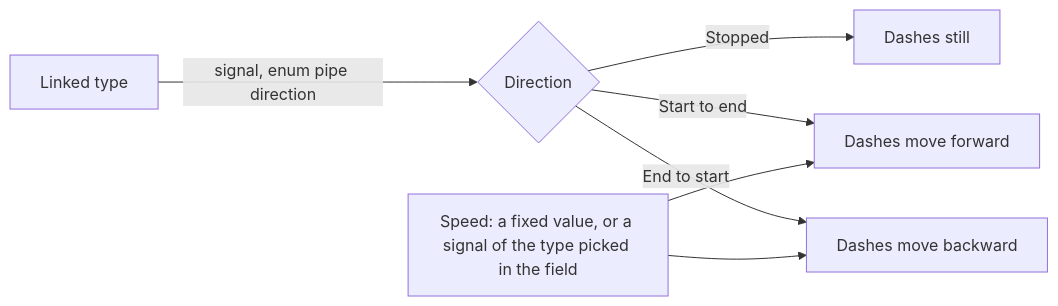
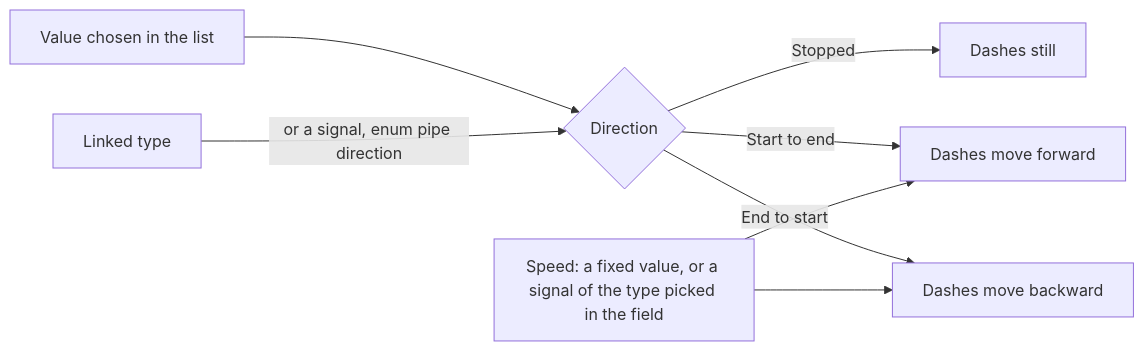
The third of 4 diagrams in symbols/pipes/pipe-styles.md (AlexandreGallais/synoptic-studio-spec), drawn with Mermaid before and after one commit. The commit also changed other lines of this file and 3 other files, not shown here.

First line of the commit message:
docs(pipes): pick the direction in a list or by a signal, align sections

````diff
--- a/symbols/pipes/pipe-styles.md
+++ b/symbols/pipes/pipe-styles.md
@@ -125,9 +125,10 @@
 ```mermaid
 flowchart LR
-    T["Linked type"] -->|"signal, enum pipe direction"| D{"Direction"}
+    L["Value chosen in the list"] --> D{"Direction"}
+    T["Linked type"] -->|"or a signal, enum pipe direction"| D
     D -- "Stopped" --> X["Dashes still"]
     D -- "Start to end" --> F["Dashes move forward"]
     D -- "End to start" --> R["Dashes move backward"]
     V["Speed: a fixed value, or a signal of the type picked in the field"] --> F
     V --> R
 ```
````
